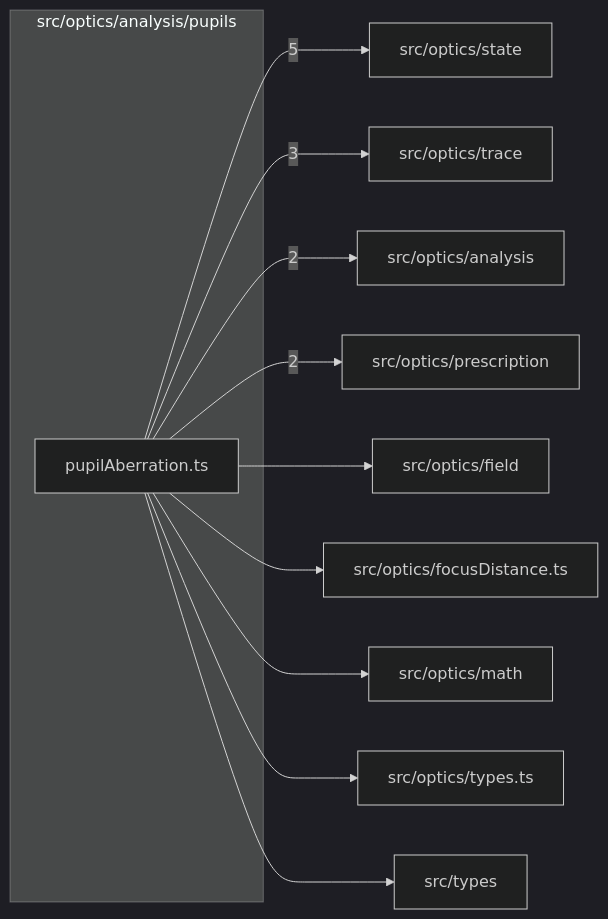
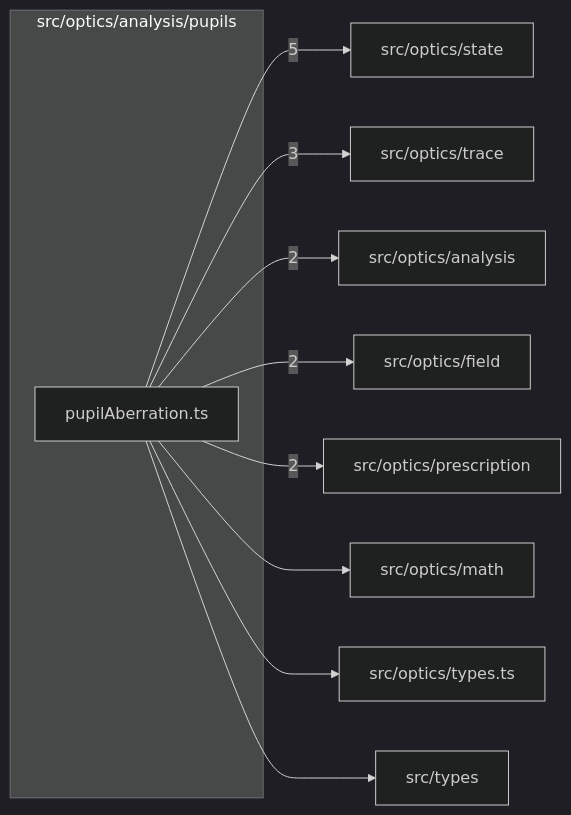
Before and after one commit to ronbuening/LensVisualizer: the diagram in src/optics/analysis/pupils/readme.md, drawn with Mermaid (dark theme). The commit also changed other lines of this file and 439 other files, not shown here.

````diff
--- a/src/optics/analysis/pupils/readme.md
+++ b/src/optics/analysis/pupils/readme.md
@@ -9,24 +9,22 @@
 ```mermaid
 flowchart LR
   subgraph n_src_optics_analysis_pupils["src/optics/analysis/pupils"]
     n_src_optics_analysis_pupils_src_optics_analysis_pupils_pupilAberration_ts["pupilAberration.ts"]
   end
   n_external_src_optics_state["src/optics/state"]
   n_external_src_optics_trace["src/optics/trace"]
   n_external_src_optics_analysis["src/optics/analysis"]
+  n_external_src_optics_field["src/optics/field"]
   n_external_src_optics_prescription["src/optics/prescription"]
-  n_external_src_optics_field["src/optics/field"]
-  n_external_src_optics_focusDistance_ts["src/optics/focusDistance.ts"]
   n_external_src_optics_math["src/optics/math"]
   n_external_src_optics_types_ts["src/optics/types.ts"]
   n_external_src_types["src/types"]
   n_src_optics_analysis_pupils_src_optics_analysis_pupils_pupilAberration_ts --> |5| n_external_src_optics_state
   n_src_optics_analysis_pupils_src_optics_analysis_pupils_pupilAberration_ts --> |3| n_external_src_optics_trace
   n_src_optics_analysis_pupils_src_optics_analysis_pupils_pupilAberration_ts --> |2| n_external_src_optics_analysis
+  n_src_optics_analysis_pupils_src_optics_analysis_pupils_pupilAberration_ts --> |2| n_external_src_optics_field
   n_src_optics_analysis_pupils_src_optics_analysis_pupils_pupilAberration_ts --> |2| n_external_src_optics_prescription
-  n_src_optics_analysis_pupils_src_optics_analysis_pupils_pupilAberration_ts --> n_external_src_optics_field
-  n_src_optics_analysis_pupils_src_optics_analysis_pupils_pupilAberration_ts --> n_external_src_optics_focusDistance_ts
   n_src_optics_analysis_pupils_src_optics_analysis_pupils_pupilAberration_ts --> n_external_src_optics_math
   n_src_optics_analysis_pupils_src_optics_analysis_pupils_pupilAberration_ts --> n_external_src_optics_types_ts
   n_src_optics_analysis_pupils_src_optics_analysis_pupils_pupilAberration_ts --> n_external_src_types
 ```
````
